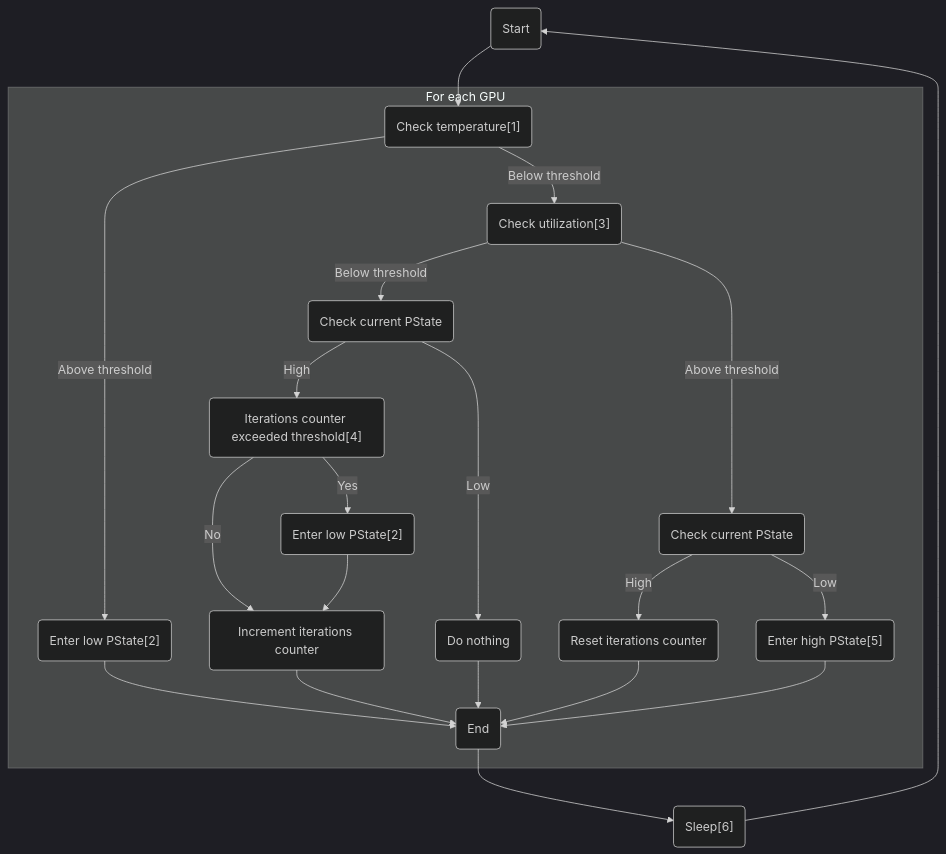
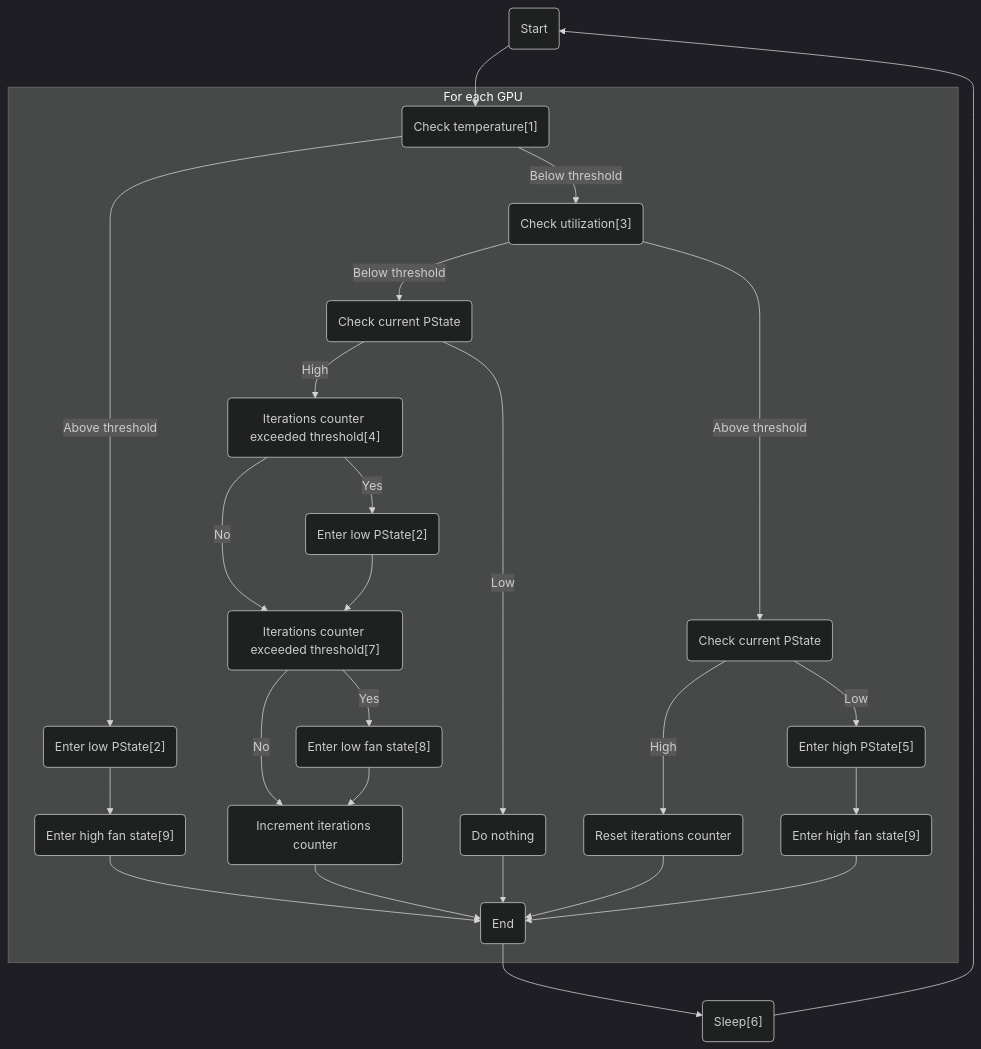
Before and after one commit to sasha0552/nvidia-pstated: the diagram in README.md, drawn with Mermaid (dark theme). The commit also changed other lines of this file, not shown here.

Commit message:
Update flowchart and add new configuration options

````diff
--- a/README.md
+++ b/README.md
@@ -7,24 +7,29 @@
 ```mermaid
 flowchart TD
     START(Start) --> CHECK_TEMPERATURE
     subgraph For each GPU
     CHECK_TEMPERATURE("Check temperature[1]") -->|Below threshold| CHECK_UTILIZATION
     CHECK_TEMPERATURE("Check temperature[1]") -->|Above threshold| ENTER_LOW_PSTATE_0
-    ENTER_LOW_PSTATE_0("Enter low PState[2]") --> END
+    ENTER_LOW_PSTATE_0("Enter low PState[2]") --> ENTER_HIGH_FAN_STATE_0
+    ENTER_HIGH_FAN_STATE_0("Enter high fan state[9]") --> END
     CHECK_UTILIZATION("Check utilization[3]") -->|Below threshold| CHECK_CURRENT_PSTATE_0
     CHECK_UTILIZATION("Check utilization[3]") -->|Above threshold| CHECK_CURRENT_PSTATE_1
-    CHECK_CURRENT_PSTATE_0(Check current PState) -->|High| ITERATIONS_COUNTER_EXCEEDED_THRESHOLD
+    CHECK_CURRENT_PSTATE_0(Check current PState) -->|High| ITERATIONS_COUNTER_EXCEEDED_THRESHOLD_0
     CHECK_CURRENT_PSTATE_0(Check current PState) -->|Low| DO_NOTHING
-    ITERATIONS_COUNTER_EXCEEDED_THRESHOLD("Iterations counter exceeded threshold[4]") -->|Yes| ENTER_LOW_PSTATE_1
-    ITERATIONS_COUNTER_EXCEEDED_THRESHOLD("Iterations counter exceeded threshold[4]") -->|No| INCREMENT_ITERATIONS_COUNTER
-    ENTER_LOW_PSTATE_1("Enter low PState[2]") --> INCREMENT_ITERATIONS_COUNTER
+    ITERATIONS_COUNTER_EXCEEDED_THRESHOLD_0("Iterations counter exceeded threshold[4]") -->|Yes| ENTER_LOW_PSTATE
+    ITERATIONS_COUNTER_EXCEEDED_THRESHOLD_0("Iterations counter exceeded threshold[4]") -->|No| ITERATIONS_COUNTER_EXCEEDED_THRESHOLD_1
+    ENTER_LOW_PSTATE("Enter low PState[2]") --> ITERATIONS_COUNTER_EXCEEDED_THRESHOLD_1
+    ITERATIONS_COUNTER_EXCEEDED_THRESHOLD_1("Iterations counter exceeded threshold[7]") -->|Yes| ENTER_LOW_FAN_STATE_1
+    ITERATIONS_COUNTER_EXCEEDED_THRESHOLD_1("Iterations counter exceeded threshold[7]") -->|No| INCREMENT_ITERATIONS_COUNTER
+    ENTER_LOW_FAN_STATE_1("Enter low fan state[8]") --> INCREMENT_ITERATIONS_COUNTER
     INCREMENT_ITERATIONS_COUNTER(Increment iterations counter) --> END
     DO_NOTHING(Do nothing) --> END
     CHECK_CURRENT_PSTATE_1(Check current PState) -->|High| RESET_ITERATIONS_COUNTER
     CHECK_CURRENT_PSTATE_1(Check current PState) -->|Low| ENTER_HIGH_PSTATE
     RESET_ITERATIONS_COUNTER(Reset iterations counter) --> END
-    ENTER_HIGH_PSTATE("Enter high PState[5]") --> END
+    ENTER_HIGH_PSTATE("Enter high PState[5]") --> ENTER_HIGH_FAN_STATE_1
+    ENTER_HIGH_FAN_STATE_1("Enter high fan state[9]") --> END
     end
     END(End) --> SLEEP
     SLEEP("Sleep[6]") --> START
 ```
````
